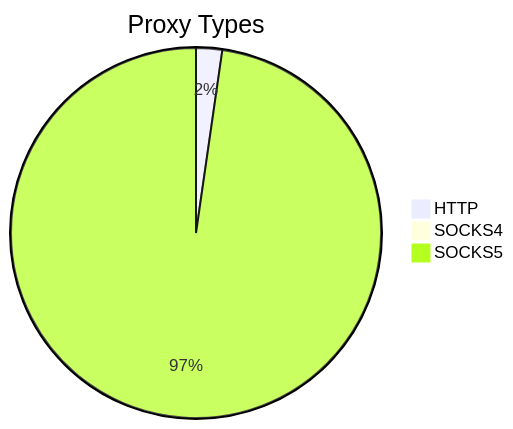
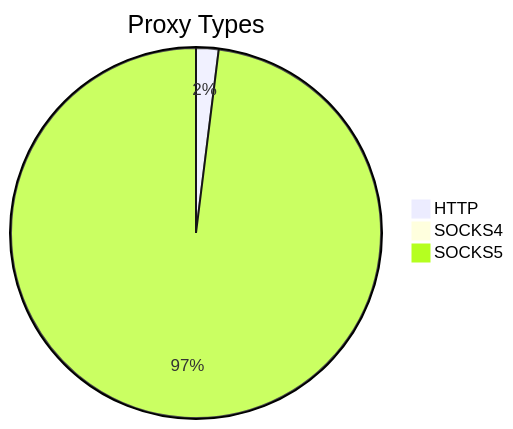
Before and after one commit to stormsia/proxy-list: the first of 2 diagrams in README.md, drawn with Mermaid. The commit also changed other lines of this file, not shown here.

````diff
--- a/README.md
+++ b/README.md
@@ -21,6 +21,6 @@
 ```mermaid
 pie title Proxy Types
-    "HTTP" : 56
-    "SOCKS4" : 16
-    "SOCKS5" : 2403
+    "HTTP" : 52
+    "SOCKS4" : 24
+    "SOCKS5" : 2594
 ```
````
